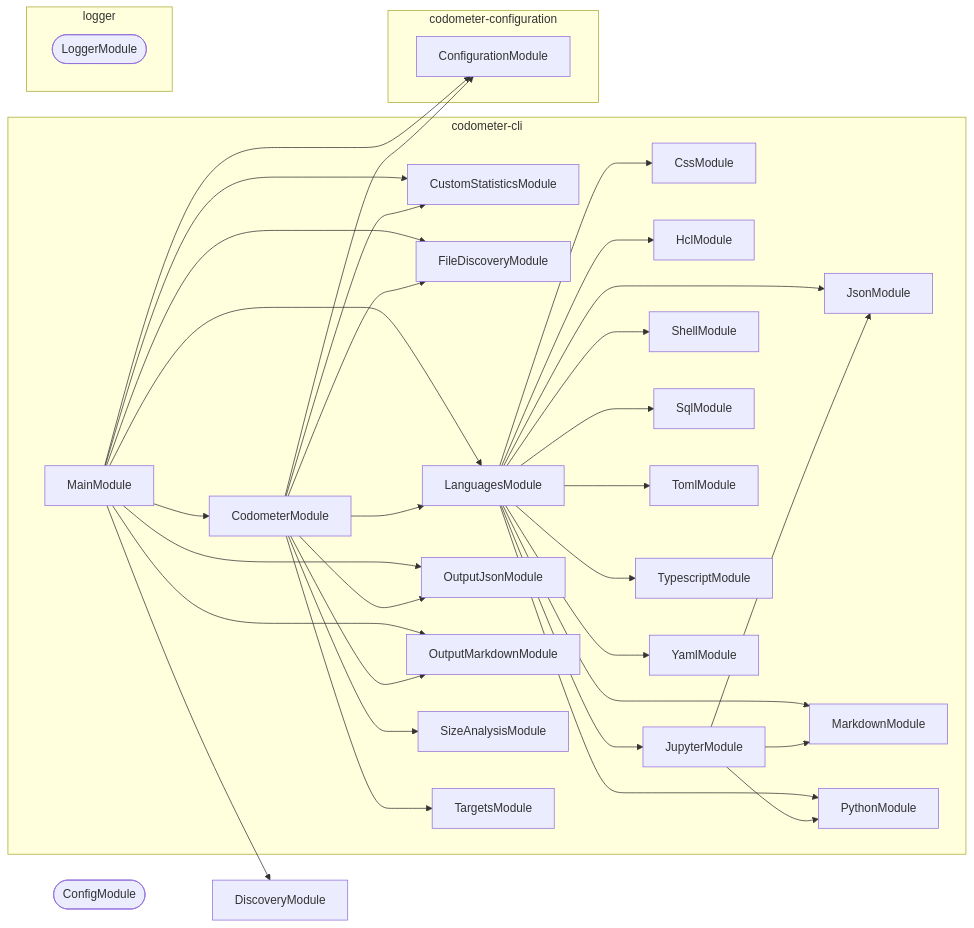
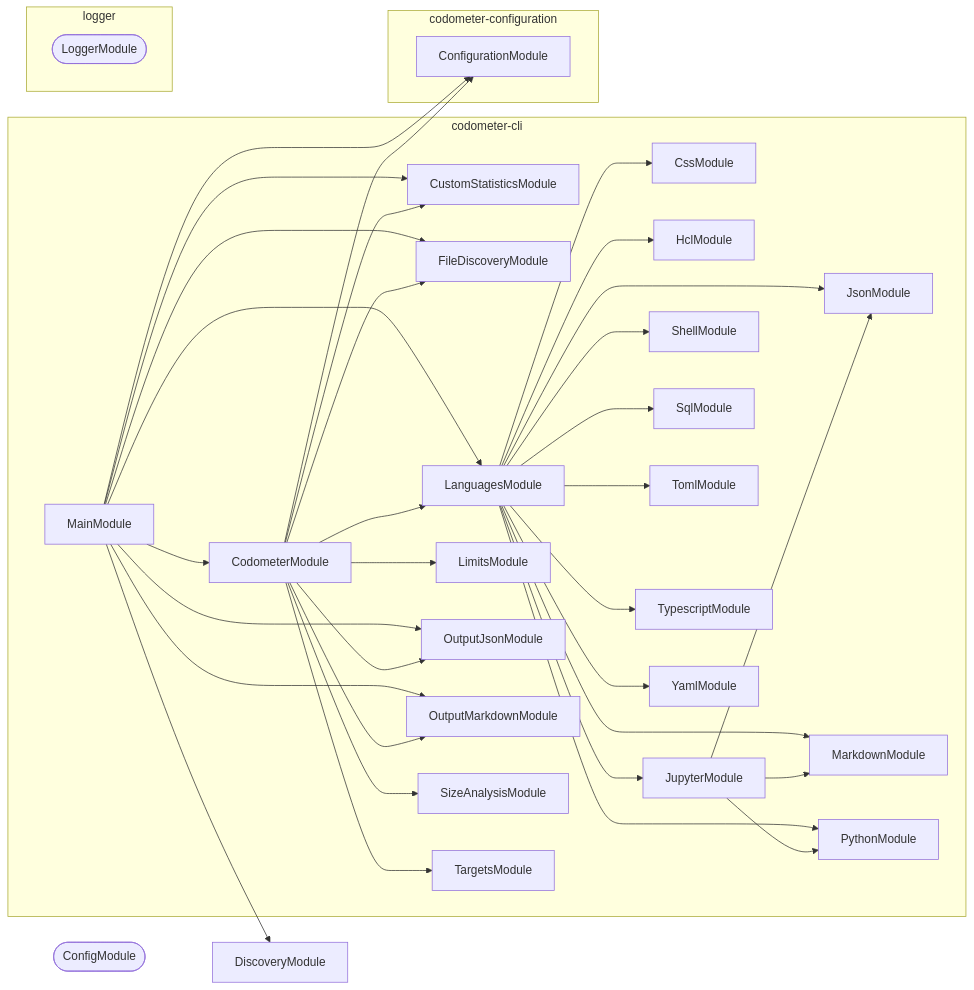
One commit to JimmyPaolini/codebase changed the diagram in packages/codometer-cli/AGENTS.md. Above: the diagram before and after it, drawn with Mermaid. The commit also changed 23 other files, not shown here.

````diff
--- a/packages/codometer-cli/AGENTS.md
+++ b/packages/codometer-cli/AGENTS.md
@@ -58,63 +58,65 @@
 ```mermaid
 flowchart LR
   subgraph group0["codometer-cli"]
     CodometerModule
     CssModule
     CustomStatisticsModule
     FileDiscoveryModule
     HclModule
     JsonModule
     JupyterModule
     LanguagesModule
+    LimitsModule
     MainModule
     MarkdownModule
     OutputJsonModule
     OutputMarkdownModule
     PythonModule
     ShellModule
     SizeAnalysisModule
     SqlModule
     TargetsModule
     TomlModule
     TypescriptModule
     YamlModule
   end
   subgraph group1["codometer-configuration"]
     ConfigurationModule
   end
   subgraph group2["logger"]
     LoggerModule([LoggerModule])
   end
   ConfigModule([ConfigModule])
   DiscoveryModule
   CodometerModule --> ConfigurationModule
   CodometerModule --> CustomStatisticsModule
   CodometerModule --> FileDiscoveryModule
   CodometerModule --> LanguagesModule
+  CodometerModule --> LimitsModule
   CodometerModule --> OutputJsonModule
   CodometerModule --> OutputMarkdownModule
   CodometerModule --> SizeAnalysisModule
   CodometerModule --> TargetsModule
   JupyterModule --> JsonModule
   JupyterModule --> MarkdownModule
   JupyterModule --> PythonModule
   LanguagesModule --> CssModule
   LanguagesModule --> HclModule
   LanguagesModule --> JsonModule
   LanguagesModule --> JupyterModule
   LanguagesModule --> MarkdownModule
   LanguagesModule --> PythonModule
   LanguagesModule --> ShellModule
   LanguagesModule --> SqlModule
   LanguagesModule --> TomlModule
   LanguagesModule --> TypescriptModule
   LanguagesModule --> YamlModule
   MainModule --> CodometerModule
   MainModule --> ConfigurationModule
   MainModule --> CustomStatisticsModule
   MainModule --> DiscoveryModule
   MainModule --> FileDiscoveryModule
   MainModule --> LanguagesModule
   MainModule --> OutputJsonModule
   MainModule --> OutputMarkdownModule
 ```
````
